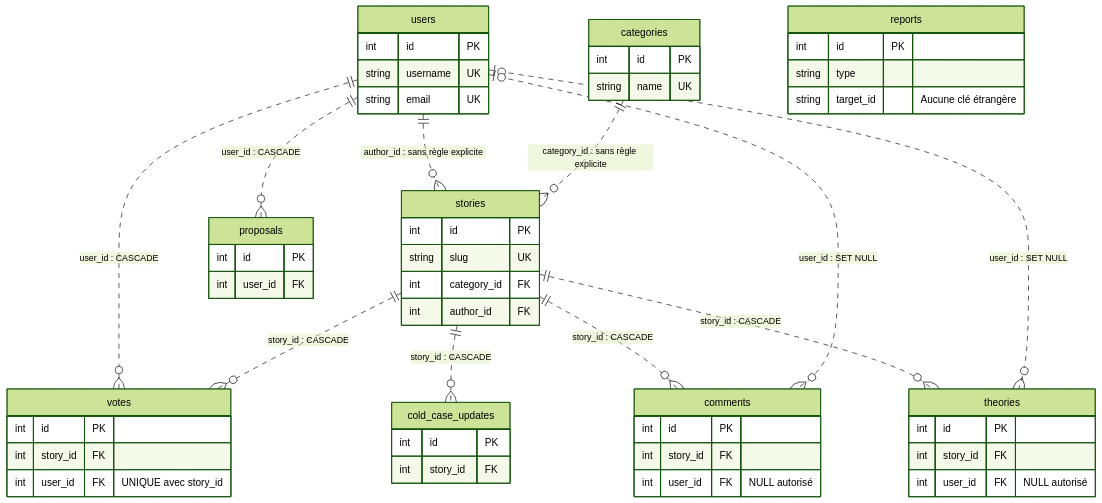
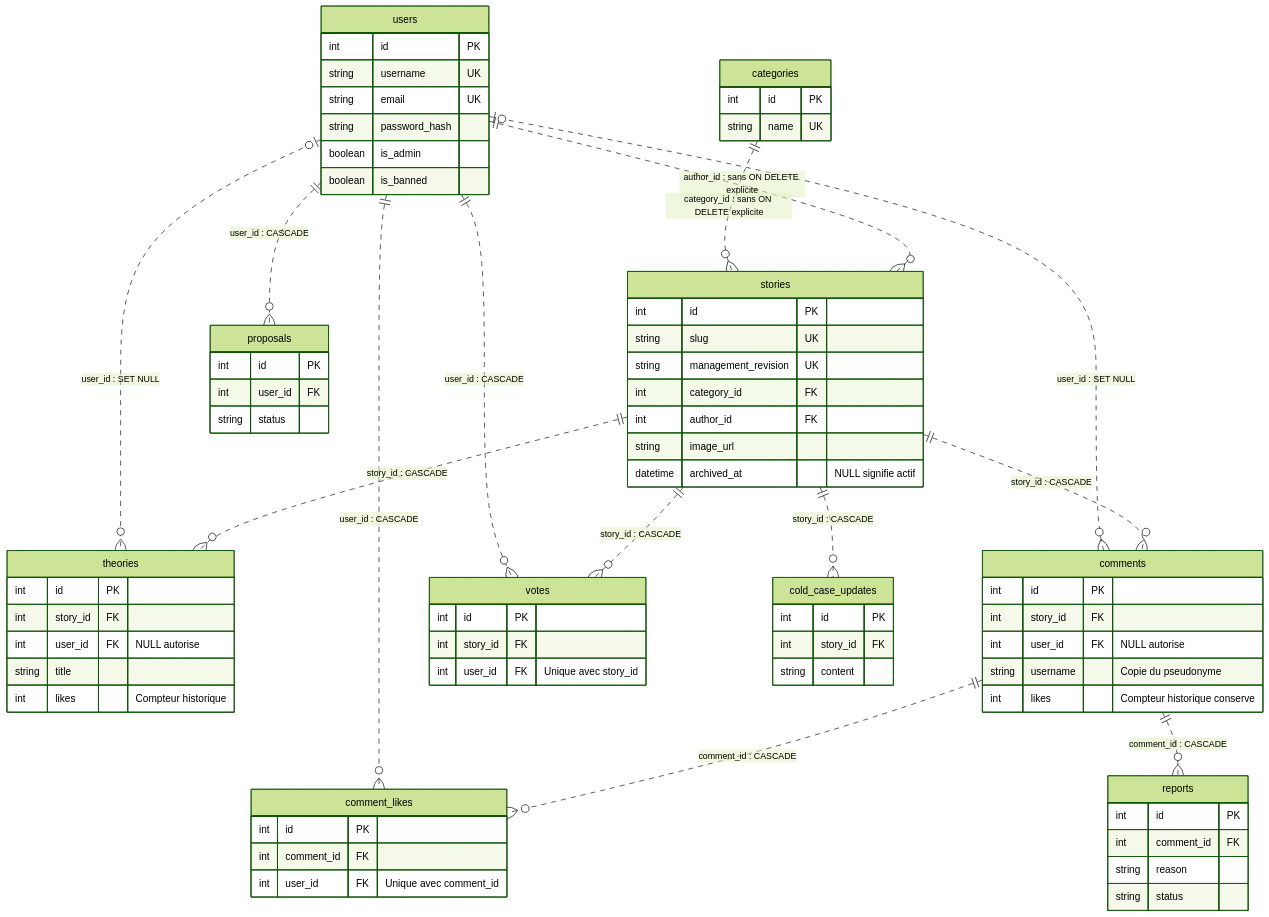
One commit to Leyvsi/portfolio changed the second of 3 diagrams in README.md. Above: the diagram before and after it, drawn with Mermaid (forest theme). The commit also changed other lines of this file and 204 other files, not shown here.

````diff
--- a/README.md
+++ b/README.md
@@ -209,56 +196,77 @@
 ```mermaid
 erDiagram
   users {
     int id PK
     string username UK
     string email UK
+    string password_hash
+    boolean is_admin
+    boolean is_banned
   }
   categories {
     int id PK
     string name UK
   }
   stories {
     int id PK
     string slug UK
+    string management_revision UK
     int category_id FK
     int author_id FK
+    string image_url
+    datetime archived_at "NULL signifie actif"
   }
   theories {
     int id PK
     int story_id FK
-    int user_id FK "NULL autorisé"
+    int user_id FK "NULL autorise"
+    string title
+    int likes "Compteur historique"
   }
   comments {
     int id PK
     int story_id FK
-    int user_id FK "NULL autorisé"
+    int user_id FK "NULL autorise"
+    string username "Copie du pseudonyme"
+    int likes "Compteur historique conserve"
   }
   votes {
     int id PK
     int story_id FK
-    int user_id FK "UNIQUE avec story_id"
+    int user_id FK "Unique avec story_id"
+  }
+  comment_likes {
+    int id PK
+    int comment_id FK
+    int user_id FK "Unique avec comment_id"
   }
   proposals {
     int id PK
     int user_id FK
+    string status
   }
   reports {
     int id PK
-    string type
-    string target_id "Aucune clé étrangère"
+    int comment_id FK
+    string reason
+    string status
   }
   cold_case_updates {
     int id PK
     int story_id FK
+    string content
   }
-  users ||..o{ stories : "author_id : sans règle explicite"
-  categories ||..o{ stories : "category_id : sans règle explicite"
+  users ||..o{ stories : "author_id : sans ON DELETE explicite"
+  categories ||..o{ stories : "category_id : sans ON DELETE explicite"
   stories ||..o{ theories : "story_id : CASCADE"
   users |o..o{ theories : "user_id : SET NULL"
   stories ||..o{ comments : "story_id : CASCADE"
   users |o..o{ comments : "user_id : SET NULL"
+  stories ||..o{ votes : "story_id : CASCADE"
   users ||..o{ votes : "user_id : CASCADE"
-  stories ||..o{ votes : "story_id : CASCADE"
+  comments ||..o{ comment_likes : "comment_id : CASCADE"
+  users ||..o{ comment_likes : "user_id : CASCADE"
   users ||..o{ proposals : "user_id : CASCADE"
+  comments ||..o{ reports : "comment_id : CASCADE"
   stories ||..o{ cold_case_updates : "story_id : CASCADE"
 ```
````
